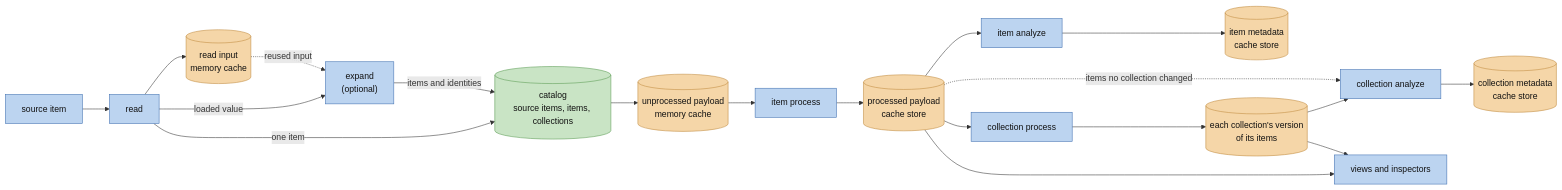
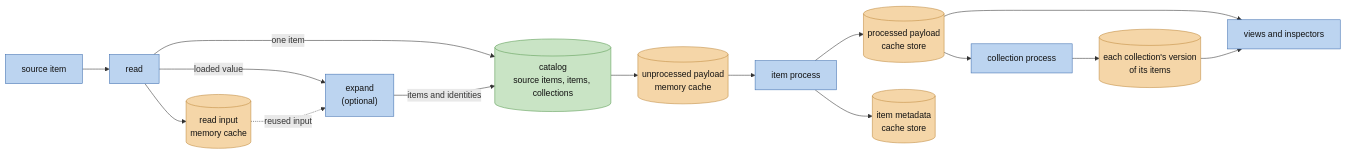
Before and after one commit to digiefel/DataBrowser: the second of 5 diagrams in docs/ARCHITECTURE.md, drawn with Mermaid. The commit also changed other lines of this file and 32 other files, not shown here.

````diff
--- a/docs/ARCHITECTURE.md
+++ b/docs/ARCHITECTURE.md
@@ -112,44 +112,37 @@
 ```mermaid
 flowchart LR
     source["source item"]
     read["read"]
     read_cache[("read input<br/>memory cache")]
     expand["expand<br/>(optional)"]
     index[("catalog<br/>source items, items, collections")]
     unprocessed[("unprocessed payload<br/>memory cache")]
     item_process["item process"]
     processed[("processed payload<br/>cache store")]
-    item_analyze["item analyze"]
     item_metadata[("item metadata<br/>cache store")]
     collection_process["collection process"]
     collection_payload[("each collection's version<br/>of its items")]
-    collection_analyze["collection analyze"]
-    collection_metadata[("collection metadata<br/>cache store")]
     views["views and inspectors"]
 
     source --> read
     read -->|"one item"| index
     read -->|"loaded value"| expand
     read --> read_cache
     read_cache -.->|"reused input"| expand
     expand -->|"items and identities"| index
     index --> unprocessed
     unprocessed --> item_process
     item_process --> processed
-    processed --> item_analyze
-    item_analyze --> item_metadata
+    item_process --> item_metadata
     processed --> collection_process
     collection_process --> collection_payload
-    collection_payload --> collection_analyze
-    processed -.->|"items no collection changed"| collection_analyze
-    collection_analyze --> collection_metadata
     processed --> views
     collection_payload --> views
 
     classDef stage fill:#bcd4f0,stroke:#3f6fb0,color:#111
     classDef state fill:#f5d6a8,stroke:#c08a3f,color:#111
     classDef output fill:#c9e4c5,stroke:#5a9a52,color:#111
-    class source,read,expand,item_process,item_analyze,collection_process,collection_analyze,views stage
-    class read_cache,unprocessed,processed,item_metadata,collection_payload,collection_metadata state
+    class source,read,expand,item_process,collection_process,views stage
+    class read_cache,unprocessed,processed,item_metadata,collection_payload state
     class index output
 ```
````
